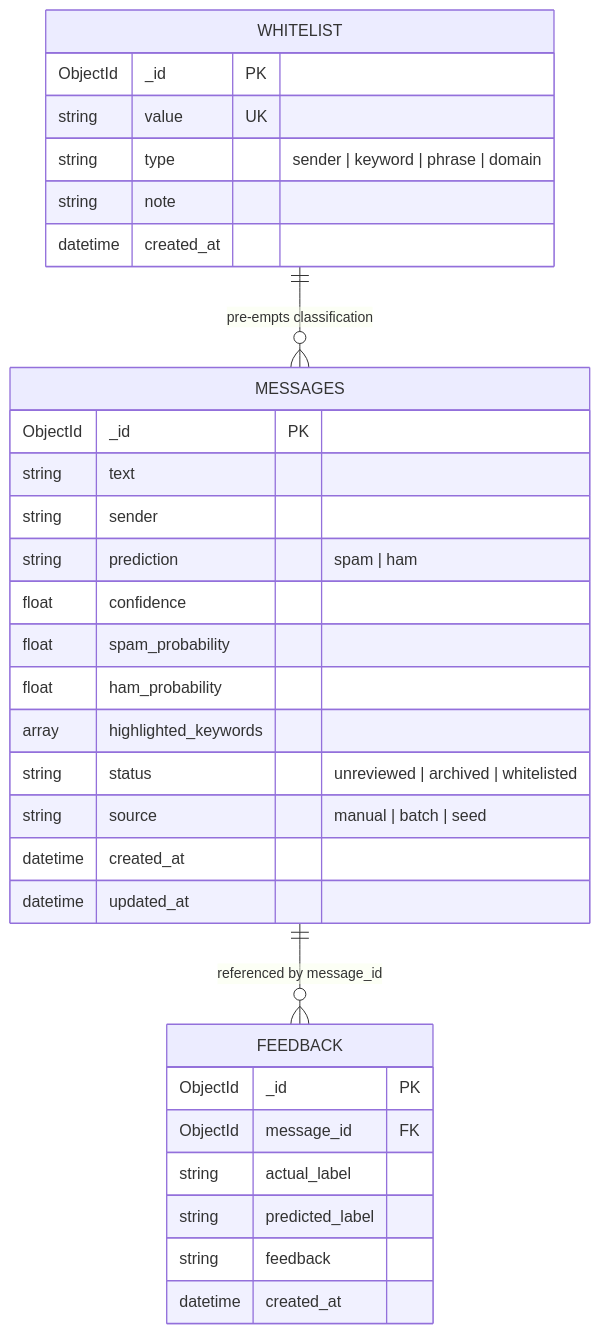
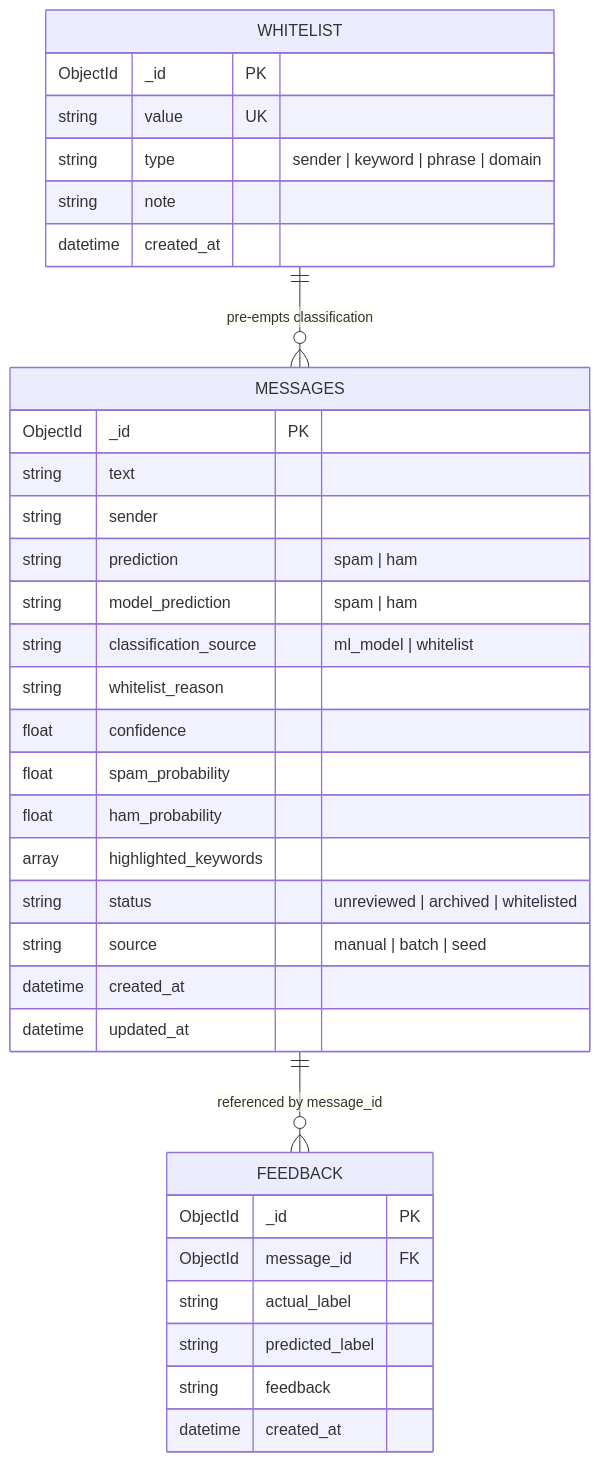
The second of 3 diagrams in project_report/SYSTEM_DESIGN_AND_ARCHITECTURE.md (nilanshukumarsingh/SpamSentinel), drawn with Mermaid before and after one commit. The commit also changed other lines of this file and 16 other files, not shown here.

````diff
--- a/project_report/SYSTEM_DESIGN_AND_ARCHITECTURE.md
+++ b/project_report/SYSTEM_DESIGN_AND_ARCHITECTURE.md
@@ -94,37 +96,40 @@
 ```mermaid
 erDiagram
     MESSAGES {
         ObjectId _id PK
         string text
         string sender
         string prediction "spam | ham"
+        string model_prediction "spam | ham"
+        string classification_source "ml_model | whitelist"
+        string whitelist_reason
         float confidence
         float spam_probability
         float ham_probability
         array highlighted_keywords
         string status "unreviewed | archived | whitelisted"
         string source "manual | batch | seed"
         datetime created_at
         datetime updated_at
     }
 
     WHITELIST {
         ObjectId _id PK
         string value UK
         string type "sender | keyword | phrase | domain"
         string note
         datetime created_at
     }
 
     FEEDBACK {
         ObjectId _id PK
         ObjectId message_id FK
         string actual_label
         string predicted_label
         string feedback
         datetime created_at
     }
 
     MESSAGES ||--o{ FEEDBACK : "referenced by message_id"
     WHITELIST ||--o{ MESSAGES : "pre-empts classification"
 ```
````
